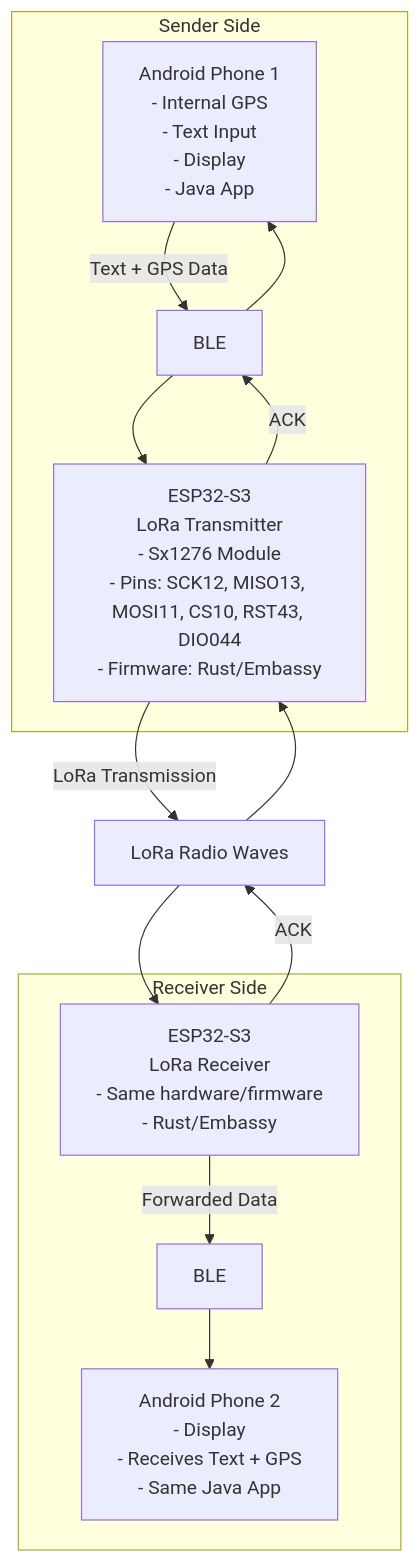
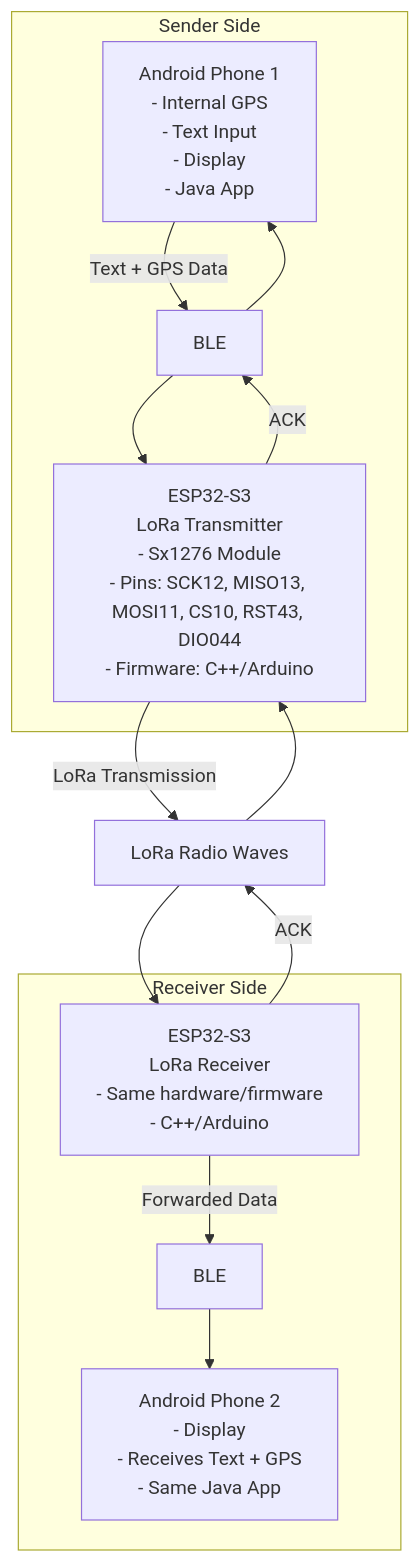
One commit to psytraxx/android-lora-ble-bridge changed the first of 3 diagrams in README.md. Above: the diagram before and after it, drawn with Mermaid. The commit also changed other lines of this file, not shown here.

Commit message:
docs: update README to specify C++/Arduino firmware for ESP32-S3

````diff
--- a/README.md
+++ b/README.md
@@ -20,26 +21,26 @@
 ```mermaid
 graph TD
     A[Android Phone 1<br/>- Internal GPS<br/>- Text Input<br/>- Display<br/>- Java App] -->|Text + GPS Data| B[BLE]
-    B --> C[ESP32-S3<br/>LoRa Transmitter<br/>- Sx1276 Module<br/>- Pins: SCK12, MISO13, MOSI11, CS10, RST43, DIO044<br/>- Firmware: Rust/Embassy]
+  B --> C[ESP32-S3<br/>LoRa Transmitter<br/>- Sx1276 Module<br/>- Pins: SCK12, MISO13, MOSI11, CS10, RST43, DIO044<br/>- Firmware: C++/Arduino]
     C -->|LoRa Transmission| D[LoRa Radio Waves]
-    D -->     E[ESP32-S3<br/>LoRa Receiver<br/>- Same hardware/firmware<br/>- Rust/Embassy]
+  D -->     E[ESP32-S3<br/>LoRa Receiver<br/>- Same hardware/firmware<br/>- C++/Arduino]
     E -->|Forwarded Data| F[BLE]
     F --> G[Android Phone 2<br/>- Display<br/>- Receives Text + GPS<br/>- Same Java App]
     
     E -->|ACK| D
     D --> C
     C -->|ACK| B
     B --> A
     
     subgraph "Sender Side"
         A
         B
         C
     end
     
     subgraph "Receiver Side"
         E
         F
         G
     end
 ```
````
